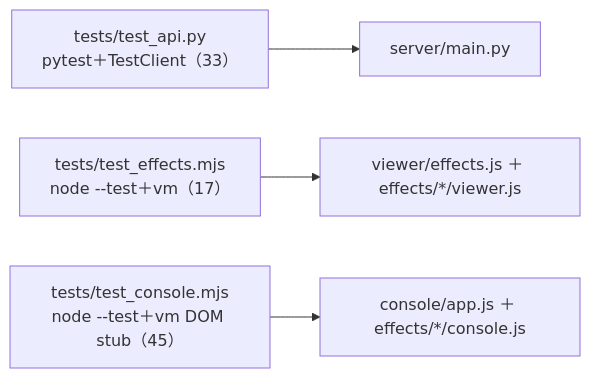
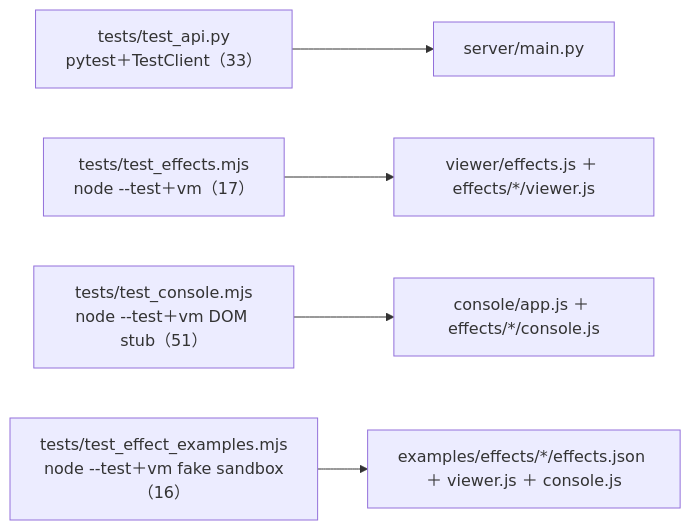
Before and after one commit to zivngit/Real-time-Interaction-html: the sixth of 6 diagrams in docs/agents/CALL_GRAPH.md, drawn with Mermaid. The commit also changed other lines of this file and 15 other files, not shown here.

Commit message:
feat(effects): 新增特效指南、範例與 console plugin iconID/iconSVG

````diff
--- a/docs/agents/CALL_GRAPH.md
+++ b/docs/agents/CALL_GRAPH.md
@@ -230,6 +234,7 @@
 ```mermaid
 flowchart LR
     TA["tests/test_api.py<br/>pytest＋TestClient（33）"] --> M["server/main.py"]
     TE["tests/test_effects.mjs<br/>node --test＋vm（17）"] --> S["viewer/effects.js ＋ effects/*/viewer.js"]
-    TC["tests/test_console.mjs<br/>node --test＋vm DOM stub（45）"] --> K["console/app.js ＋ effects/*/console.js"]
+    TC["tests/test_console.mjs<br/>node --test＋vm DOM stub（51）"] --> K["console/app.js ＋ effects/*/console.js"]
+    TX["tests/test_effect_examples.mjs<br/>node --test＋vm fake sandbox（16）"] --> X["examples/effects/*/effects.json ＋ viewer.js ＋ console.js"]
 ```
````
